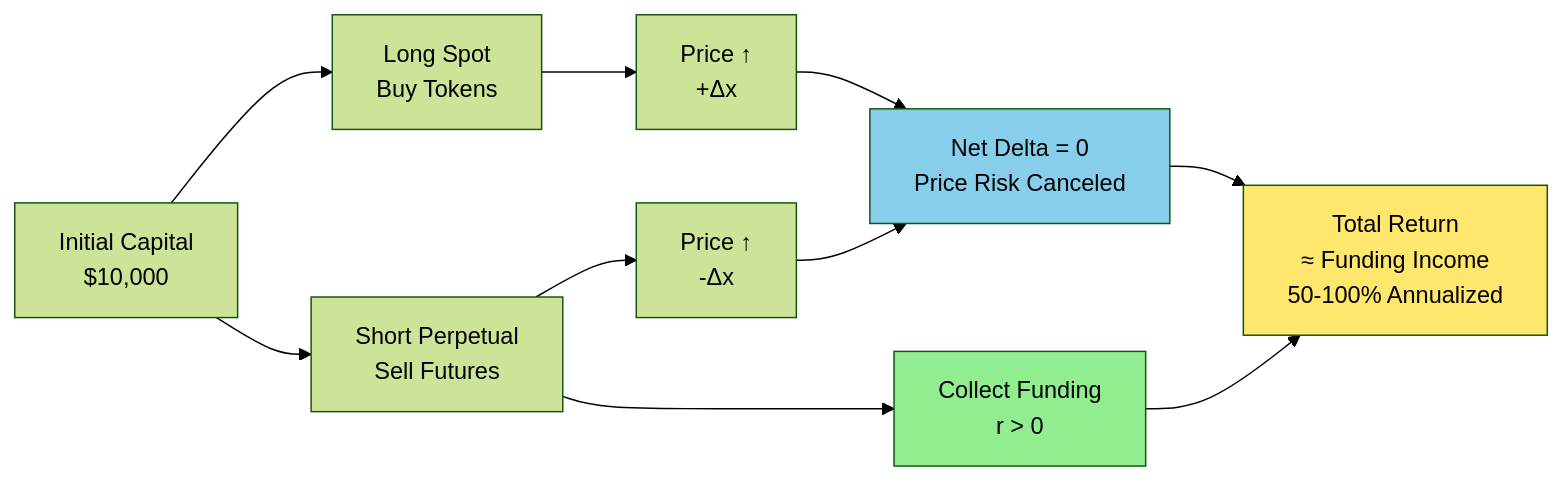
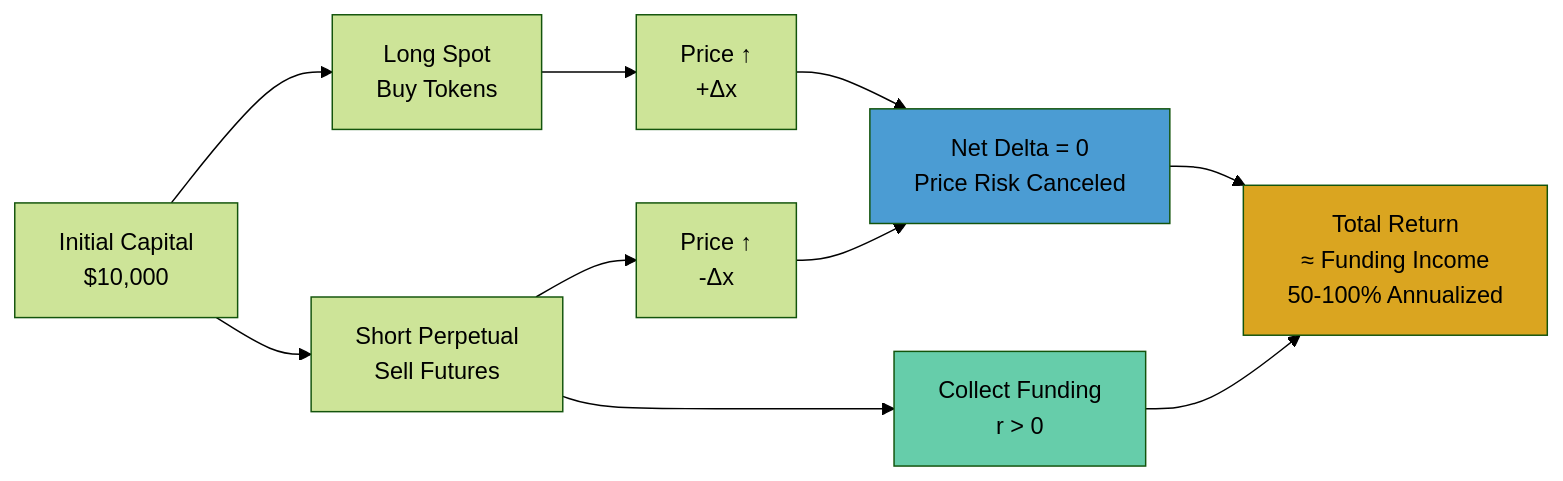
One commit to tripp-smith/benn_eifert_talks changed the sixth of 8 diagrams in README.md. Above: the diagram before and after it, drawn with Mermaid (forest theme). The commit also changed other lines of this file, not shown here.

````diff
--- a/README.md
+++ b/README.md
@@ -176,20 +178,20 @@
 ```mermaid
 graph LR
-    Capital[Initial Capital<br/>$10,000] --> LongSpot[Long Spot<br/>Buy Tokens]
-    Capital --> ShortPerp[Short Perpetual<br/>Sell Futures]
+    InitialCapital["Initial Capital<br/>$10,000"] --> LongSpotPosition["Long Spot<br/>Buy Tokens"]
+    InitialCapital --> ShortPerpPosition["Short Perpetual<br/>Sell Futures"]
     
-    LongSpot --> PriceMove1[Price ↑<br/>+Δx]
-    ShortPerp --> PriceMove2[Price ↑<br/>-Δx]
+    LongSpotPosition --> PriceMoveUp["Price ↑<br/>+Δx"]
+    ShortPerpPosition --> PriceMoveDown["Price ↑<br/>-Δx"]
     
-    PriceMove1 --> NetDelta[Net Delta = 0<br/>Price Risk Canceled]
-    PriceMove2 --> NetDelta
+    PriceMoveUp --> NetDeltaZero["Net Delta = 0<br/>Price Risk Canceled"]
+    PriceMoveDown --> NetDeltaZero
     
-    ShortPerp --> Funding[Collect Funding<br/>r > 0]
-    Funding --> TotalReturn[Total Return<br/>≈ Funding Income<br/>50-100% Annualized]
+    ShortPerpPosition --> CollectFunding["Collect Funding<br/>r > 0"]
+    CollectFunding --> TotalReturnValue["Total Return<br/>≈ Funding Income<br/>50-100% Annualized"]
     
-    NetDelta --> TotalReturn
+    NetDeltaZero --> TotalReturnValue
     
-    style NetDelta fill:#87ceeb
-    style Funding fill:#90ee90
-    style TotalReturn fill:#ffe66d
+    style NetDeltaZero fill:#4B9CD3
+    style CollectFunding fill:#66CDAA
+    style TotalReturnValue fill:#DAA520
 ```
````
